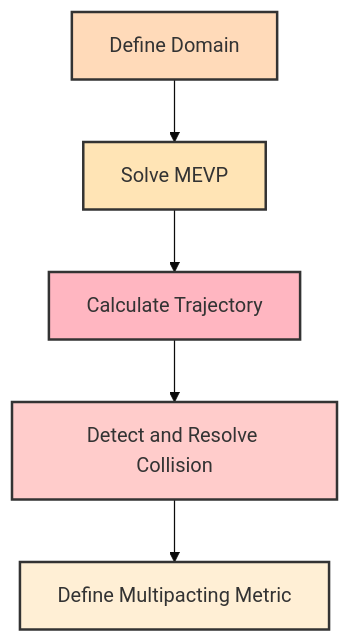
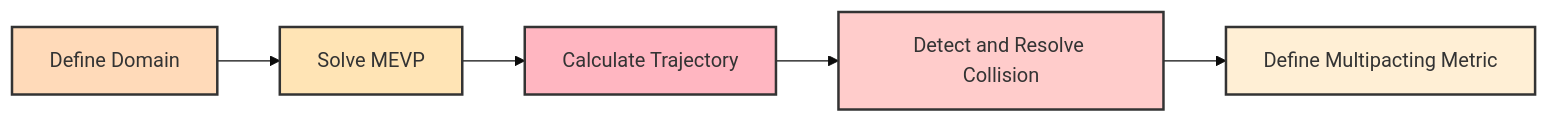
The second of 2 diagrams in README.md (Dark-Elektron/PyMultipact), drawn with Mermaid (base theme) before and after one commit.

````diff
--- a/README.md
+++ b/README.md
@@ -52,13 +52,13 @@
 ```mermaid
-graph TD
+graph LR
     A[Define Domain]:::defineDomain --> B[Solve MEVP]:::solveMevp
     B --> C[Calculate Trajectory]:::calculateTrajectory
     C --> D[Detect and Resolve Collision]:::detectResolveCollision
     D --> E[Define Multipacting Metric]:::defineMultipactingMetric
 
     classDef defineDomain fill:#FFDAB9,stroke:#333,stroke-width:2px;
     classDef solveMevp fill:#FFE4B5,stroke:#333,stroke-width:2px;
     classDef calculateTrajectory fill:#FFB6C1,stroke:#333,stroke-width:2px;
     classDef detectResolveCollision fill:#FFCCCB,stroke:#333,stroke-width:2px;
     classDef defineMultipactingMetric fill:#FFEFD5,stroke:#333,stroke-width:2px;
 ```
````
